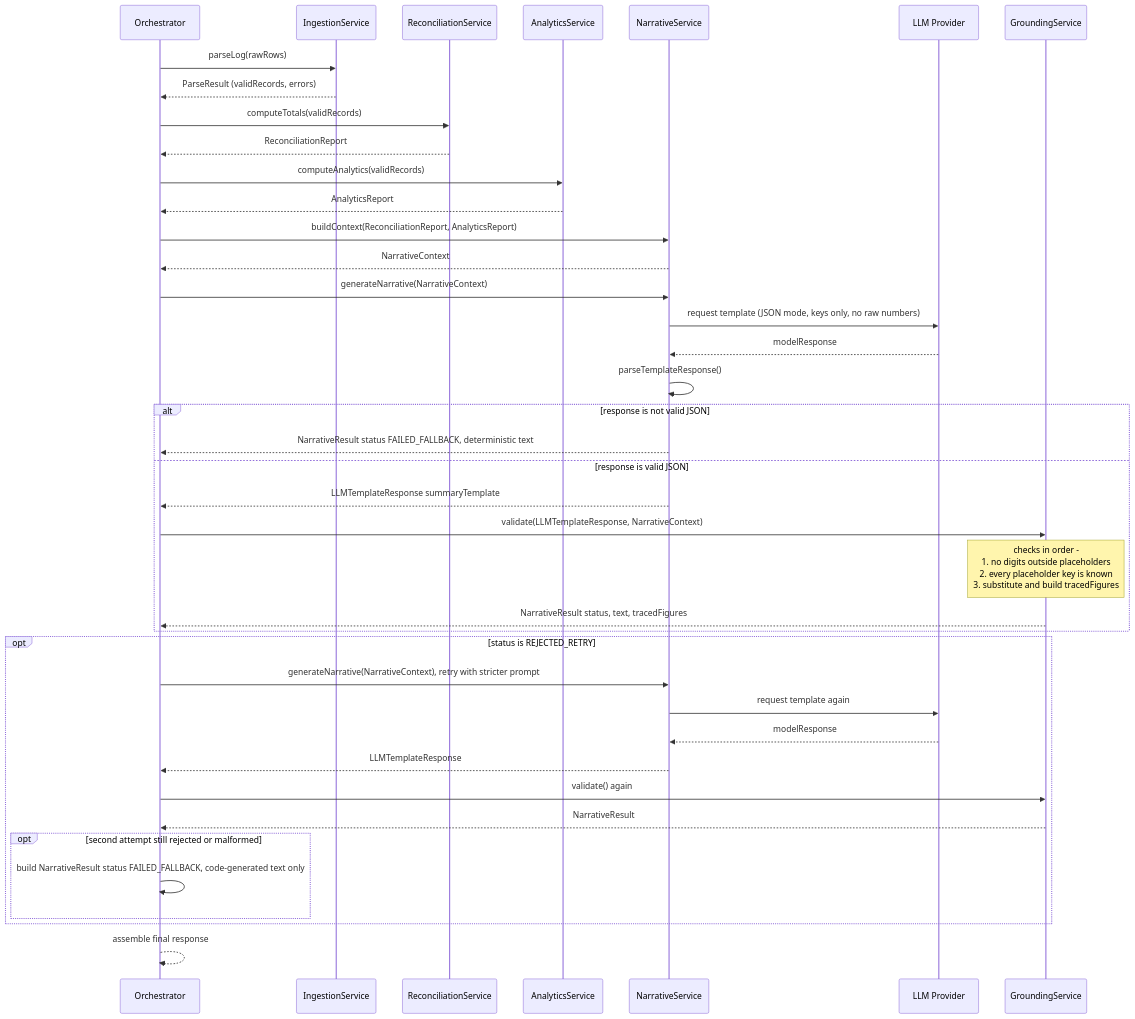
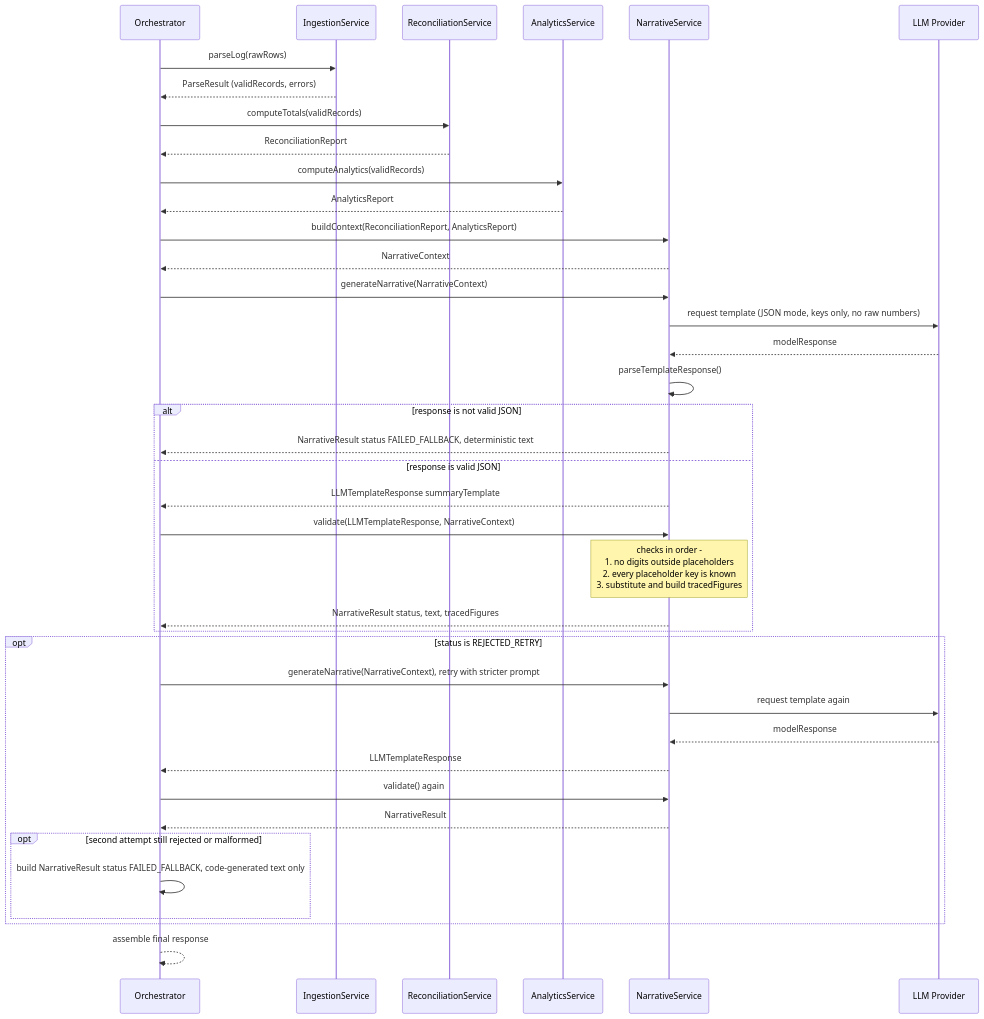
One commit to jitendra-ky/swq_daily_log_analyser changed the third of 6 diagrams in docs/low_leve_design.md. Above: the diagram before and after it, drawn with Mermaid. The commit also changed other lines of this file, not shown here.

````diff
--- a/docs/low_leve_design.md
+++ b/docs/low_leve_design.md
@@ -230,51 +223,50 @@
 ```mermaid
 sequenceDiagram
     participant Caller as Orchestrator
     participant Ing as IngestionService
     participant Rec as ReconciliationService
     participant Ana as AnalyticsService
     participant Nar as NarrativeService
     participant LLM as LLM Provider
-    participant Gnd as GroundingService
 
     Caller->>Ing: parseLog(rawRows)
     Ing-->>Caller: ParseResult (validRecords, errors)
 
     Caller->>Rec: computeTotals(validRecords)
     Rec-->>Caller: ReconciliationReport
 
     Caller->>Ana: computeAnalytics(validRecords)
     Ana-->>Caller: AnalyticsReport
 
     Caller->>Nar: buildContext(ReconciliationReport, AnalyticsReport)
     Nar-->>Caller: NarrativeContext
 
     Caller->>Nar: generateNarrative(NarrativeContext)
     Nar->>LLM: request template (JSON mode, keys only, no raw numbers)
     LLM-->>Nar: modelResponse
     Nar->>Nar: parseTemplateResponse()
 
     alt response is not valid JSON
         Nar-->>Caller: NarrativeResult status FAILED_FALLBACK, deterministic text
     else response is valid JSON
         Nar-->>Caller: LLMTemplateResponse summaryTemplate
-        Caller->>Gnd: validate(LLMTemplateResponse, NarrativeContext)
-        Note over Gnd: checks in order -<br/>1. no digits outside placeholders<br/>2. every placeholder key is known<br/>3. substitute and build tracedFigures
-        Gnd-->>Caller: NarrativeResult status, text, tracedFigures
+        Caller->>Nar: validate(LLMTemplateResponse, NarrativeContext)
+        Note over Nar: checks in order -<br/>1. no digits outside placeholders<br/>2. every placeholder key is known<br/>3. substitute and build tracedFigures
+        Nar-->>Caller: NarrativeResult status, text, tracedFigures
     end
 
     opt status is REJECTED_RETRY
         Caller->>Nar: generateNarrative(NarrativeContext), retry with stricter prompt
         Nar->>LLM: request template again
         LLM-->>Nar: modelResponse
         Nar-->>Caller: LLMTemplateResponse
-        Caller->>Gnd: validate() again
-        Gnd-->>Caller: NarrativeResult
+        Caller->>Nar: validate() again
+        Nar-->>Caller: NarrativeResult
 
         opt second attempt still rejected or malformed
             Caller->>Caller: build NarrativeResult status FAILED_FALLBACK, code-generated text only
         end
     end
 
     Caller-->>Caller: assemble final response
 ```
````
